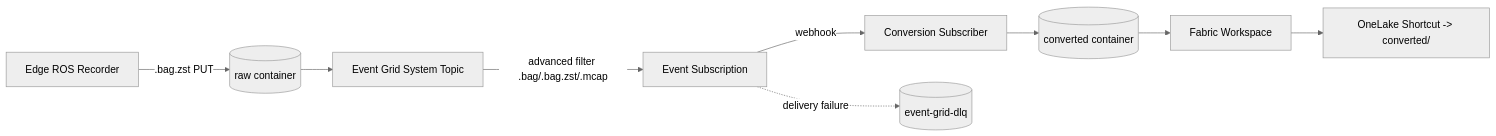
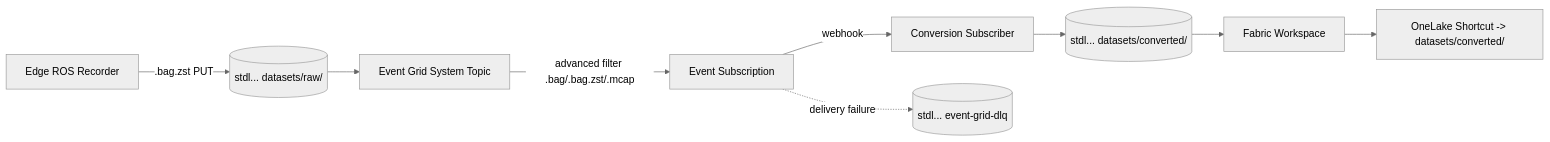
Before and after one commit to microsoft/physical-ai-toolchain: the diagram in infrastructure/terraform/modules/conversion-pipeline/README.md, drawn with Mermaid (neutral theme). The commit also changed other lines of this file and 33 other files, not shown here.

````diff
--- a/infrastructure/terraform/modules/conversion-pipeline/README.md
+++ b/infrastructure/terraform/modules/conversion-pipeline/README.md
@@ -50,11 +48,11 @@
 ```mermaid
 flowchart LR
-  Edge[Edge ROS Recorder] -->|.bag.zst PUT| Raw[(raw container)]
+  Edge[Edge ROS Recorder] -->|.bag.zst PUT| Raw[("stdl... datasets/raw/")]
   Raw --> EGT[Event Grid System Topic]
   EGT -->|advanced filter .bag/.bag.zst/.mcap| EGS[Event Subscription]
   EGS -->|webhook| Func[Conversion Subscriber]
-  EGS -.->|delivery failure| DLQ[(event-grid-dlq)]
-  Func --> Conv[(converted container)]
+  EGS -.->|delivery failure| DLQ[("stdl... event-grid-dlq")]
+  Func --> Conv[("stdl... datasets/converted/")]
   Conv --> Fabric[Fabric Workspace]
-  Fabric --> Lakehouse[OneLake Shortcut -> converted/]
+  Fabric --> Lakehouse[OneLake Shortcut -> datasets/converted/]
 ```
````
